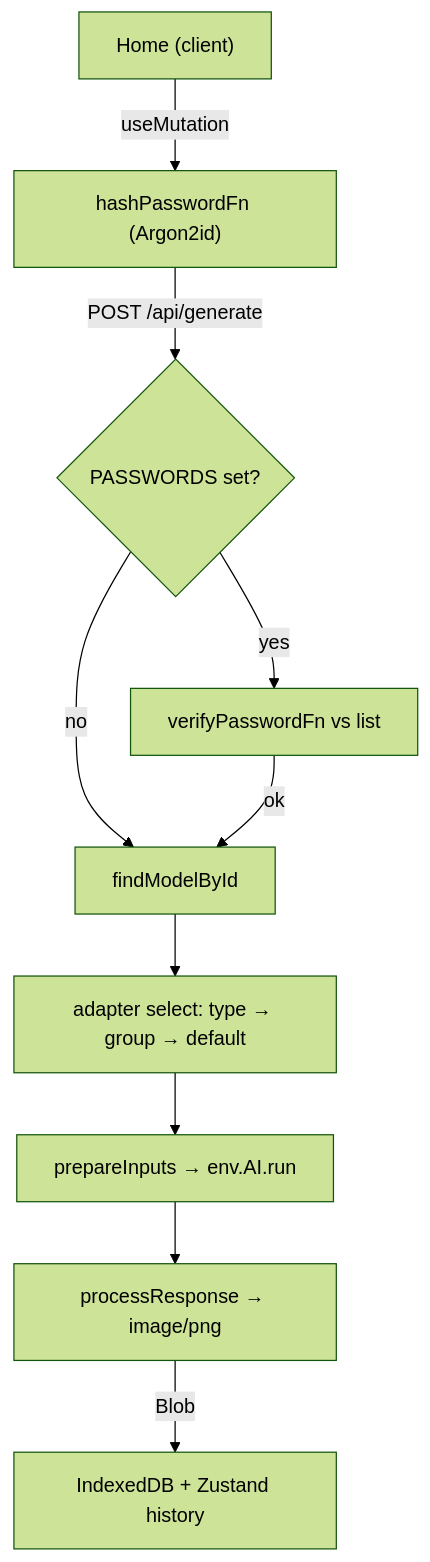
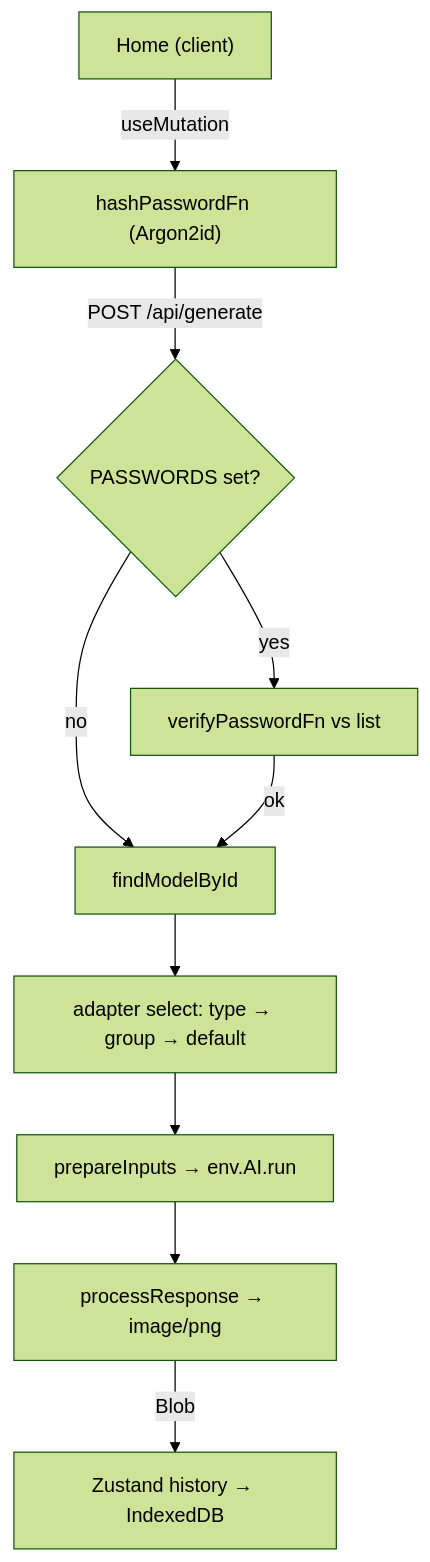
One commit to WuChenDi/projects changed the diagram in apps/text2img/README.md. Above: the diagram before and after it, drawn with Mermaid (forest theme). The commit also changed other lines of this file and 31 other files, not shown here.

````diff
--- a/apps/text2img/README.md
+++ b/apps/text2img/README.md
@@ -71,12 +70,12 @@
 ```mermaid
 flowchart TD
     A["Home (client)"] -->|"useMutation"| B["hashPasswordFn (Argon2id)"]
     B -->|"POST /api/generate"| C{"PASSWORDS set?"}
     C -->|"yes"| D["verifyPasswordFn vs list"]
     C -->|"no"| E["findModelById"]
     D -->|"ok"| E
     E --> F["adapter select: type → group → default"]
     F --> G["prepareInputs → env.AI.run"]
     G --> H["processResponse → image/png"]
-    H -->|"Blob"| I["IndexedDB + Zustand history"]
+    H -->|"Blob"| I["Zustand history → IndexedDB"]
 ```
````
